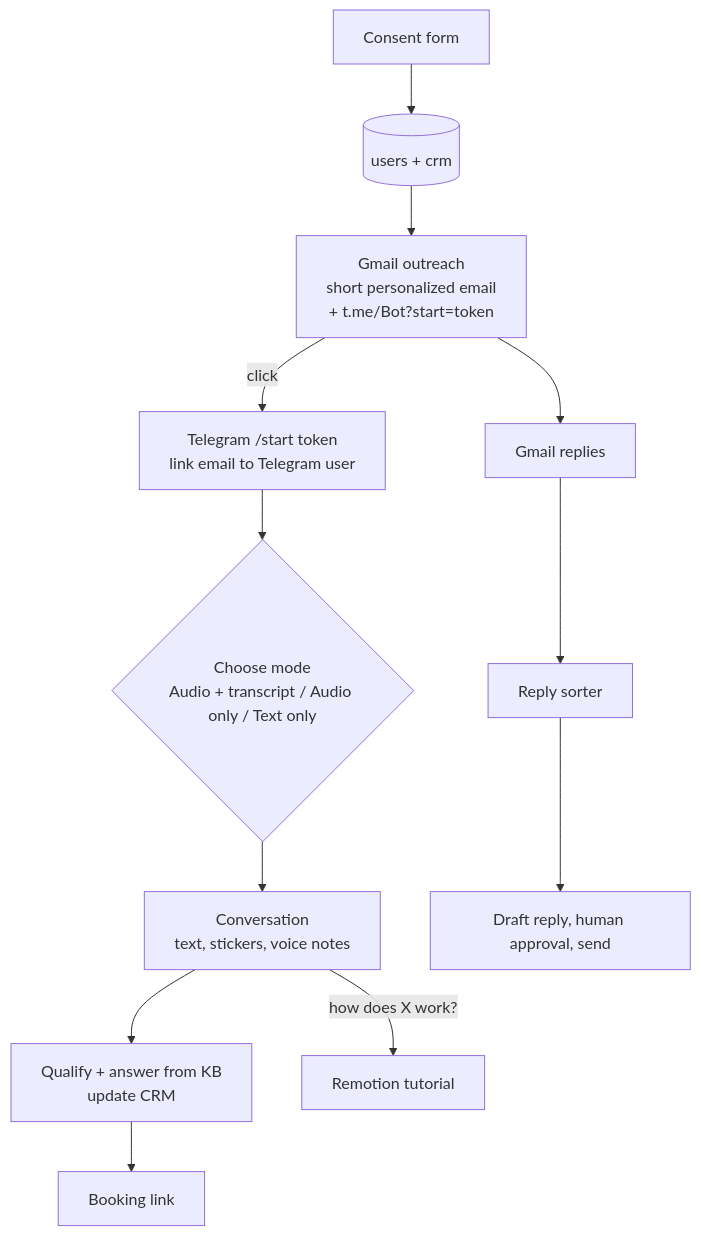
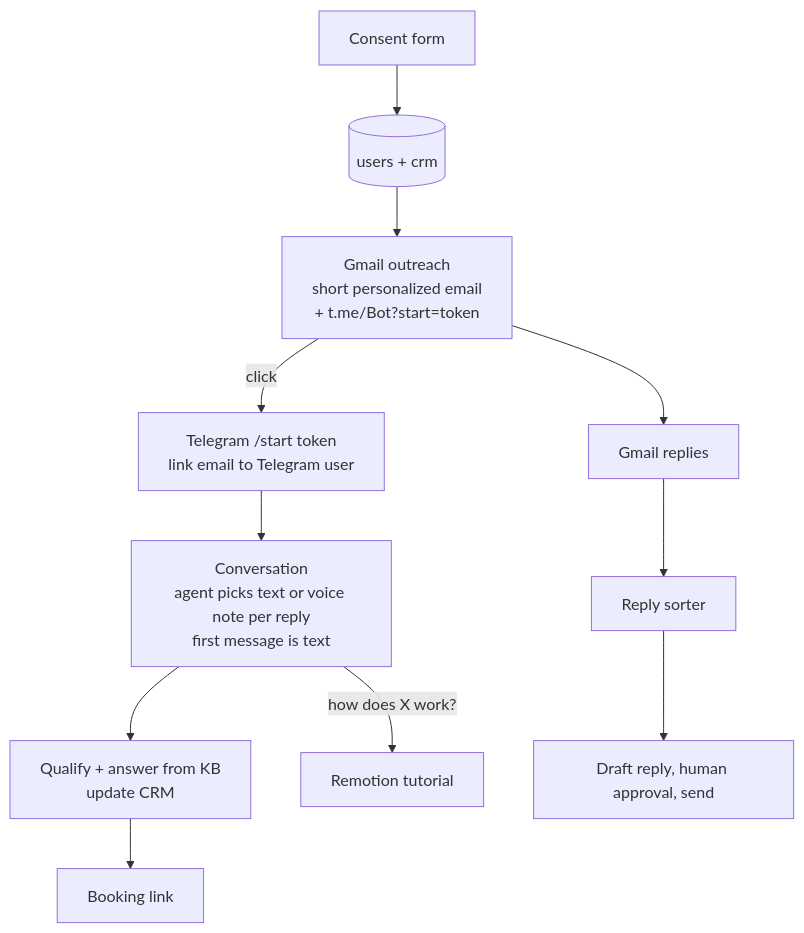
Before and after one commit to Gigadelux/MRKTR-AI: the second of 3 diagrams in ARCHITECTURE.md, drawn with Mermaid. The commit also changed other lines of this file and 55 other files, not shown here.

````diff
--- a/ARCHITECTURE.md
+++ b/ARCHITECTURE.md
@@ -55,14 +56,13 @@
 ```mermaid
 flowchart TB
     F[Consent form] --> CRM[(users + crm)]
     CRM --> G[Gmail outreach<br/>short personalized email<br/>+ t.me/Bot?start=token]
     G -->|click| S[Telegram /start token<br/>link email to Telegram user]
-    S --> P{Choose mode<br/>Audio + transcript / Audio only / Text only}
-    P --> C[Conversation<br/>text, stickers, voice notes]
+    S --> C[Conversation<br/>agent picks text or voice note per reply<br/>first message is text]
     C --> Q[Qualify + answer from KB<br/>update CRM]
     Q --> B[Booking link]
     C -->|how does X work?| T[Remotion tutorial]
     G --> R[Gmail replies]
     R --> RS[Reply sorter]
     RS --> D[Draft reply, human approval, send]
 ```
````
